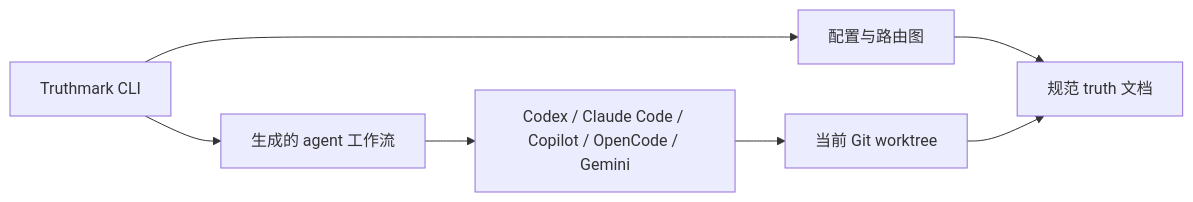
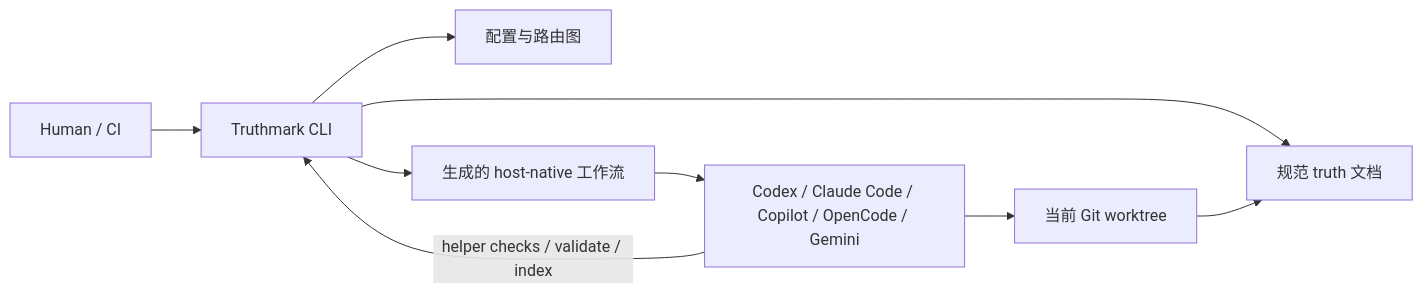
One commit to merlinhu1/truthmark changed the diagram in README.zh.md. Above: the diagram before and after it, drawn with Mermaid. The commit also changed other lines of this file and 4 other files, not shown here.

First line of the commit message:
docs: show agent CLI feedback loop in README diagram

````diff
--- a/README.zh.md
+++ b/README.zh.md
@@ -271,9 +271,11 @@
 ```mermaid
 flowchart LR
-  CLI["Truthmark CLI"] --> Config["配置与路由图"]
-  Config --> Truth["规范 truth 文档"]
-  CLI --> Surfaces["生成的 agent 工作流"]
+  Human["Human / CI"] --> CLI["Truthmark CLI"]
+  CLI --> Config["配置与路由图"]
+  CLI --> Truth["规范 truth 文档"]
+  CLI --> Surfaces["生成的 host-native 工作流"]
   Surfaces --> Hosts["Codex / Claude Code / Copilot / OpenCode / Gemini"]
   Hosts --> Worktree["当前 Git worktree"]
+  Hosts -->|"helper checks / validate / index"| CLI
   Worktree --> Truth
 ```
````
